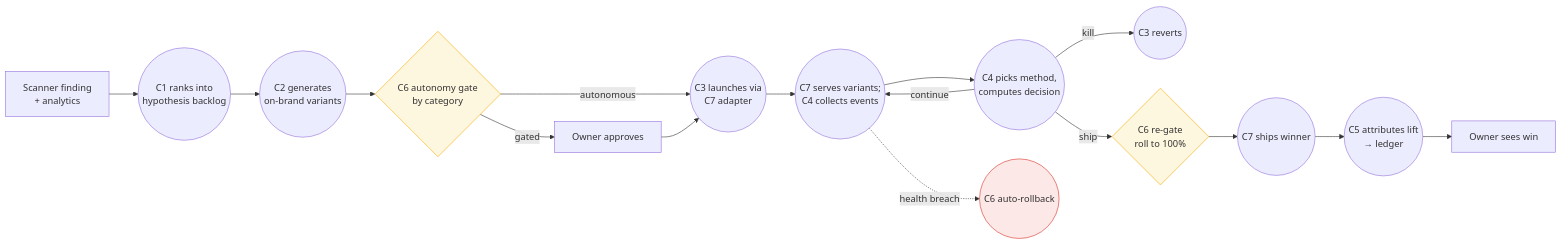
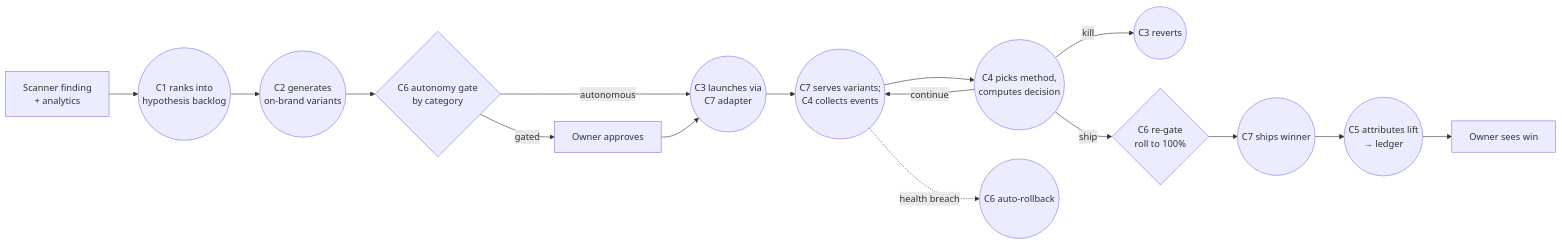
Before and after one commit to omars-lab/omars-lab.github.io: diagram 11 of 15 in bytesofpurpose-blog/designs/2026-06-22-self-healing-storefront.mdx, drawn with Mermaid. The commit also changed other lines of this file and 6 other files, not shown here.

First line of the commit message:
feat(designs): on-brand mermaid theme + dark-mode-adaptive diagrams

````diff
--- a/bytesofpurpose-blog/designs/2026-06-22-self-healing-storefront.mdx
+++ b/bytesofpurpose-blog/designs/2026-06-22-self-healing-storefront.mdx
@@ -768,21 +743,18 @@
 ```mermaid
 graph LR
     A[Scanner finding\n+ analytics] --> B((C1 ranks into\nhypothesis backlog))
     B --> C((C2 generates\non-brand variants))
     C --> D{C6 autonomy gate\nby category}
     D -->|autonomous| E((C3 launches via\nC7 adapter))
     D -->|gated| F[Owner approves] --> E
     E --> G((C7 serves variants;\nC4 collects events))
     G --> H((C4 picks method,\ncomputes decision))
     H -->|continue| G
     H -->|kill| I((C3 reverts))
     H -->|ship| J{C6 re-gate\nroll to 100%}
     J --> K((C7 ships winner))
     K --> L((C5 attributes lift\n→ ledger))
     L --> M[Owner sees win]
     G -.health breach.-> N((C6 auto-rollback))
 
-    style D fill:#fef7e0,stroke:#f9ab00
-    style J fill:#fef7e0,stroke:#f9ab00
-    style N fill:#fce8e6,stroke:#d93025
 ```
````
